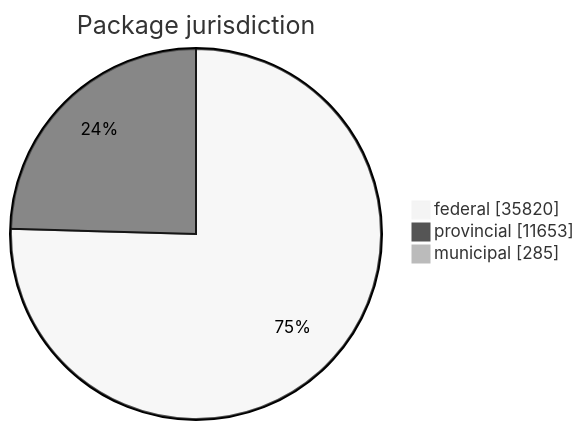
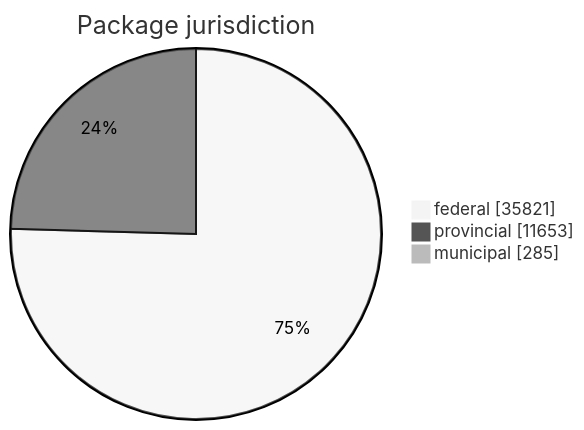
One commit to open-data/analytics-corporate-reporting changed the first of 5 diagrams in FreshCheck/README.md. Above: the diagram before and after it, drawn with Mermaid (neutral theme). The commit also changed other lines of this file and 3 other files, not shown here.

````diff
--- a/FreshCheck/README.md
+++ b/FreshCheck/README.md
@@ -60,6 +60,6 @@
 ```mermaid
 pie showData title Package jurisdiction
-    "federal": 35820
+    "federal": 35821
     "provincial": 11653
     "municipal": 285
 ```
````
